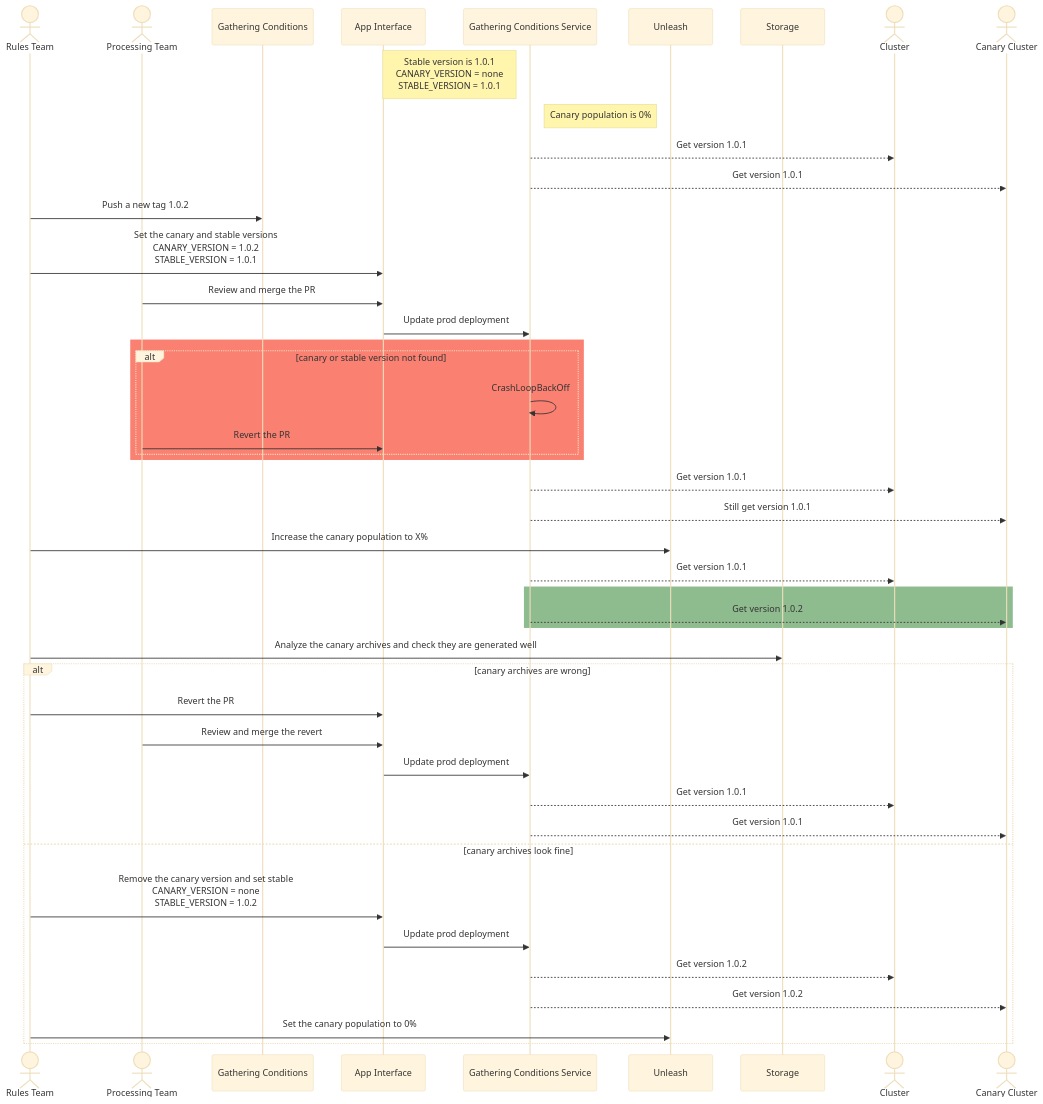
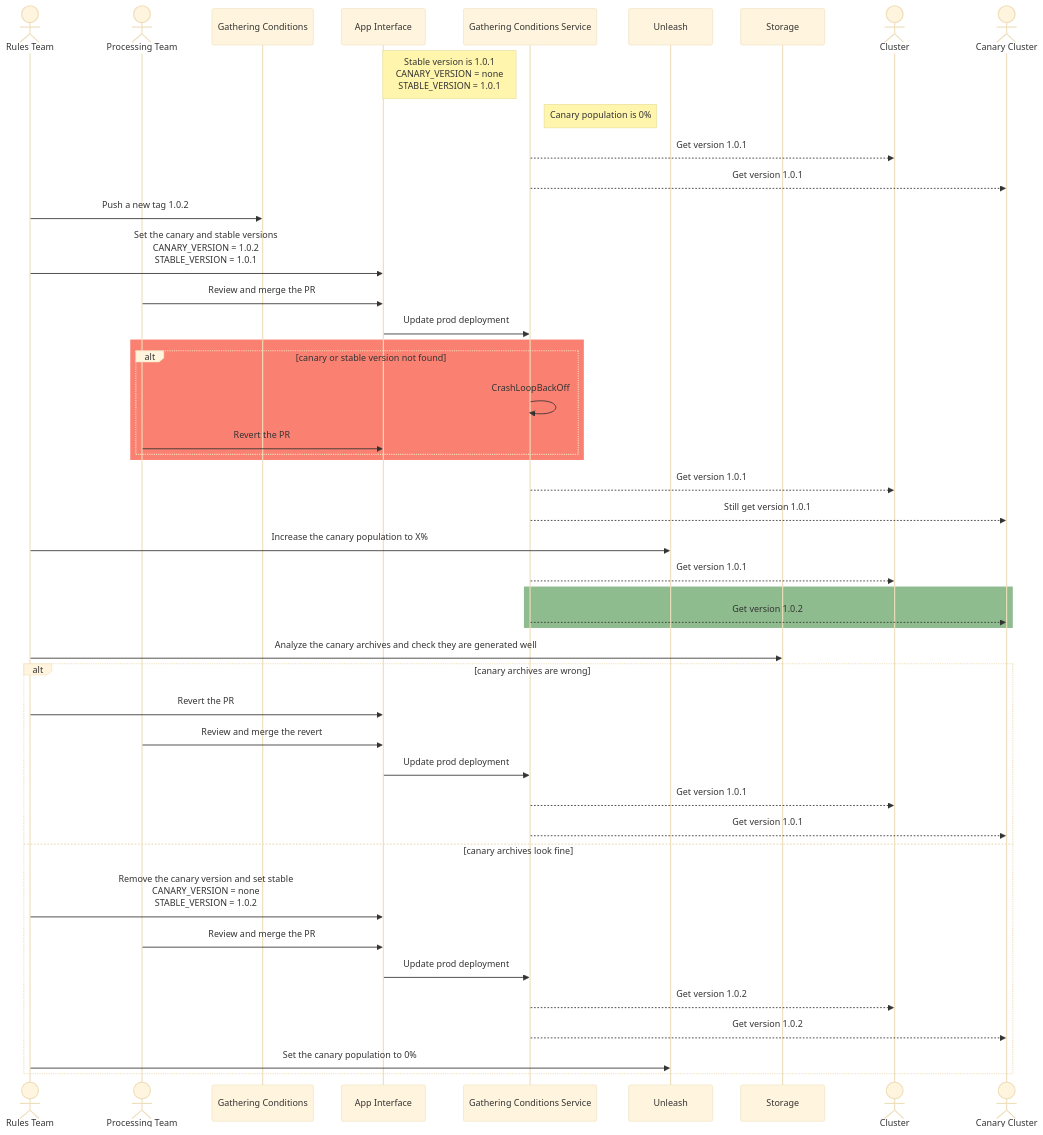
One commit to RedHatInsights/insights-operator-gathering-conditions-service changed the diagram in docs/canary_releases.md. Above: the diagram before and after it, drawn with Mermaid (base theme).

Commit message:
add missing step

````diff
--- a/docs/canary_releases.md
+++ b/docs/canary_releases.md
@@ -8,54 +8,55 @@
 ```mermaid
 sequenceDiagram
     actor RT as Rules Team
     actor PT as Processing Team
     participant GC as Gathering Conditions
     participant AI as App Interface
     participant GCS as Gathering Conditions Service
     participant Unleash
     participant Storage
     actor C as Cluster
     actor CC as Canary Cluster
 
     Note left of GCS: Stable version is 1.0.1<br/>CANARY_VERSION = none<br/>STABLE_VERSION = 1.0.1
     Note left of Unleash: Canary population is 0%
     GCS -->> C: Get version 1.0.1
     GCS -->> CC: Get version 1.0.1
 
     RT ->> GC: Push a new tag 1.0.2
     RT ->> AI: Set the canary and stable versions<br/>CANARY_VERSION = 1.0.2<br/>STABLE_VERSION = 1.0.1
     PT ->> AI: Review and merge the PR
     AI ->> GCS: Update prod deployment
     
     rect rgb(250,128,114)
         alt canary or stable version not found
             GCS ->> GCS: CrashLoopBackOff
             PT ->> AI: Revert the PR
         end
     end
 
     GCS -->> C: Get version 1.0.1
     GCS -->> CC: Still get version 1.0.1
 
     RT ->> Unleash: Increase the canary population to X%
     GCS -->> C: Get version 1.0.1
     rect rgb(143,188,143)
         GCS -->> CC: Get version 1.0.2
     end
     
     RT ->> Storage: Analyze the canary archives and check they are generated well
 
     alt canary archives are wrong
         RT ->> AI: Revert the PR
         PT ->> AI: Review and merge the revert
         AI ->> GCS: Update prod deployment
         GCS -->> C: Get version 1.0.1
         GCS -->> CC: Get version 1.0.1
     else canary archives look fine
         RT ->> AI: Remove the canary version and set stable <br/>CANARY_VERSION = none<br/>STABLE_VERSION = 1.0.2
+        PT ->> AI: Review and merge the PR
         AI ->> GCS: Update prod deployment
         GCS -->> C: Get version 1.0.2
         GCS -->> CC: Get version 1.0.2
         RT ->> Unleash: Set the canary population to 0%
     end
 ```
````
